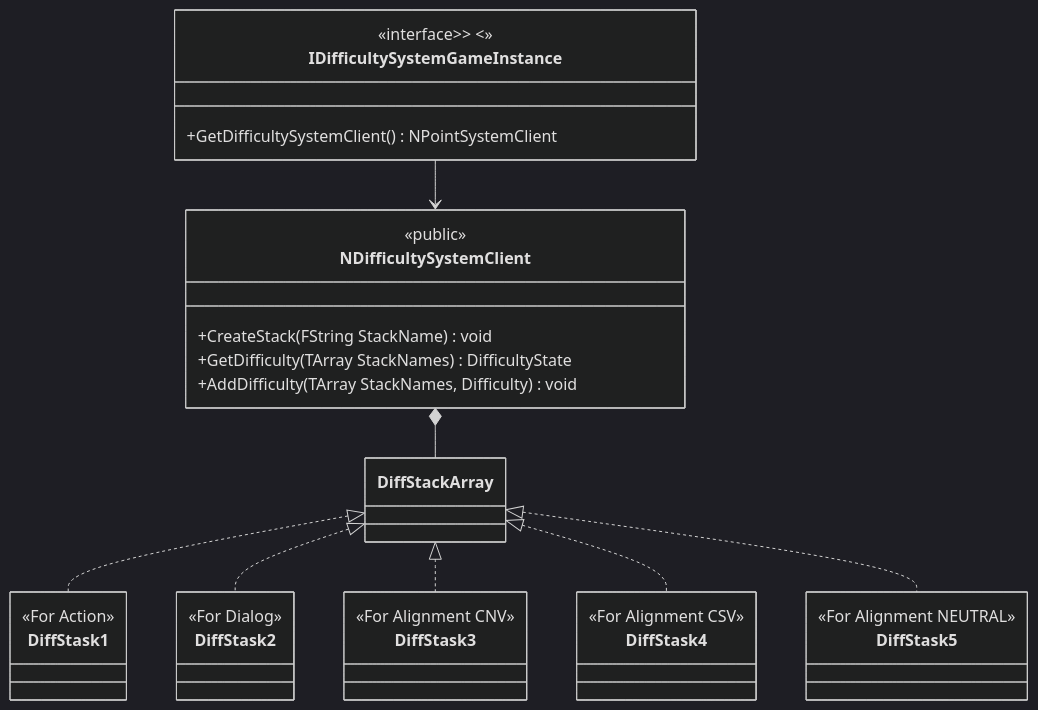
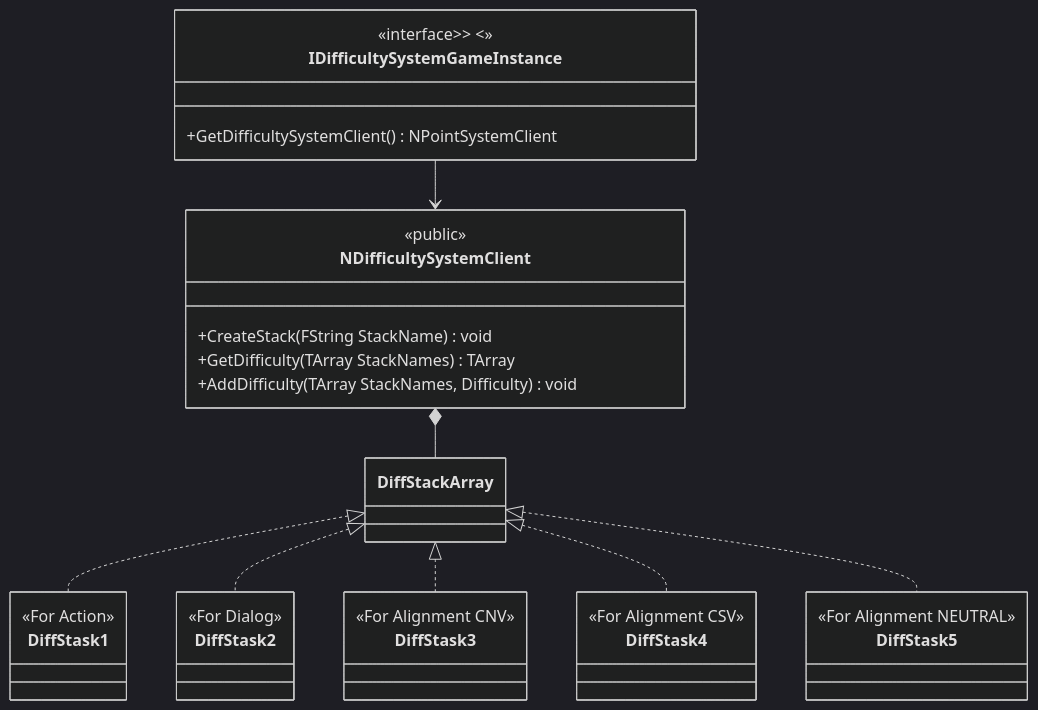
Before and after one commit to NansPellicari/UE4-FactorsFactory: the second of 2 diagrams in Docs/Core/ClassDiagram.md, drawn with Mermaid (dark theme). The commit also changed 9 other files, not shown here.

````diff
--- a/Docs/Core/ClassDiagram.md
+++ b/Docs/Core/ClassDiagram.md
@@ -41,39 +41,39 @@
 ```mermaid
 classDiagram
 IDifficultySystemGameInstance --> NDifficultySystemClient
 NDifficultySystemClient *-- DiffStackArray
 DiffStackArray <|.. DiffStask1
 DiffStackArray <|.. DiffStask2
 DiffStackArray <|.. DiffStask3
 DiffStackArray <|.. DiffStask4
 DiffStackArray <|.. DiffStask5
 
 class DiffStask1 {
     <<For Action>>
 }
 class DiffStask2 {
     <<For Dialog>>
 }
 class DiffStask3 {
     <<For Alignment CNV>>
 }
 class DiffStask4 {
     <<For Alignment CSV>>
 }
 class DiffStask5 {
     <<For Alignment NEUTRAL>>
 }
 
 class IDifficultySystemGameInstance {
     <<interface>>  <<public>>
     +GetDifficultySystemClient() NPointSystemClient
 }
 
 class NDifficultySystemClient {
     <<public>>
     +CreateStack(FString StackName) void
-    +GetDifficulty(TArray<FString> StackNames) DifficultyState
+    +GetDifficulty(TArray<FString> StackNames) TArray<DifficultyState>
     +AddDifficulty(TArray<FString> StackNames, Difficulty) void
 }
 
 ```
````
